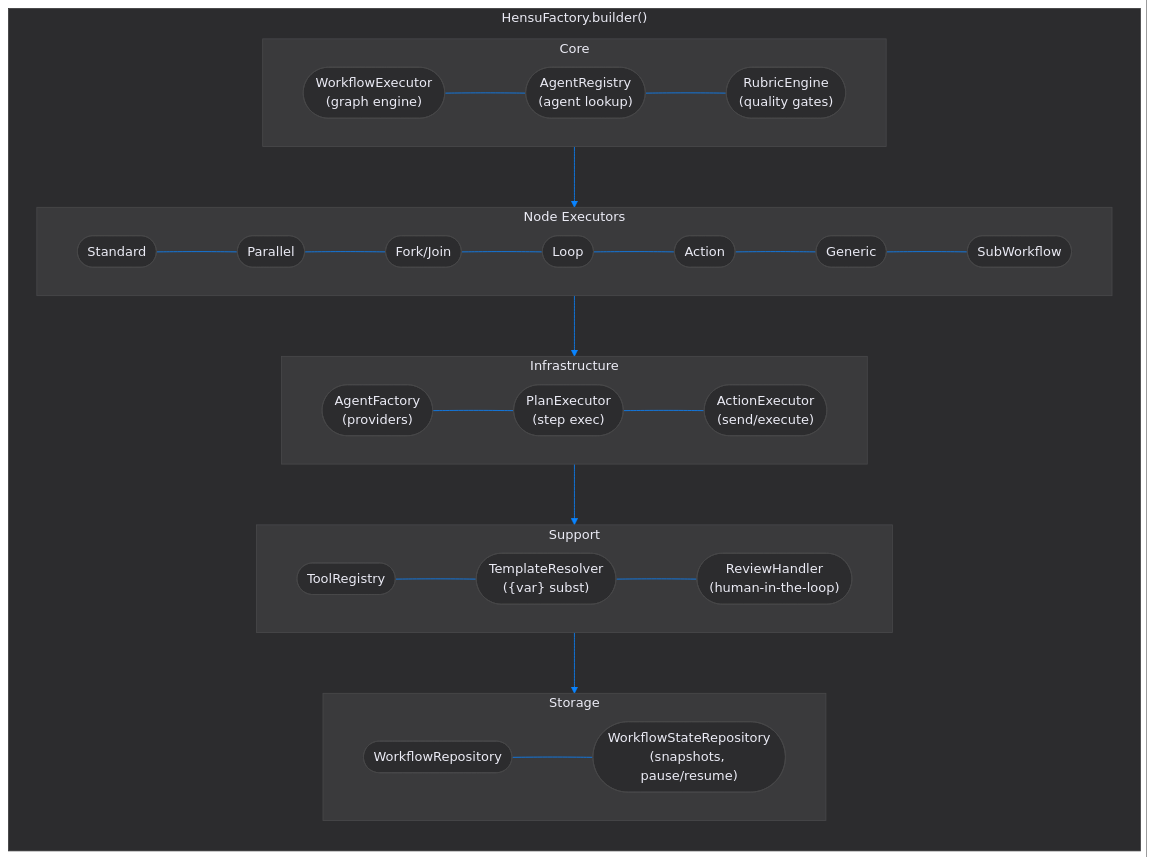
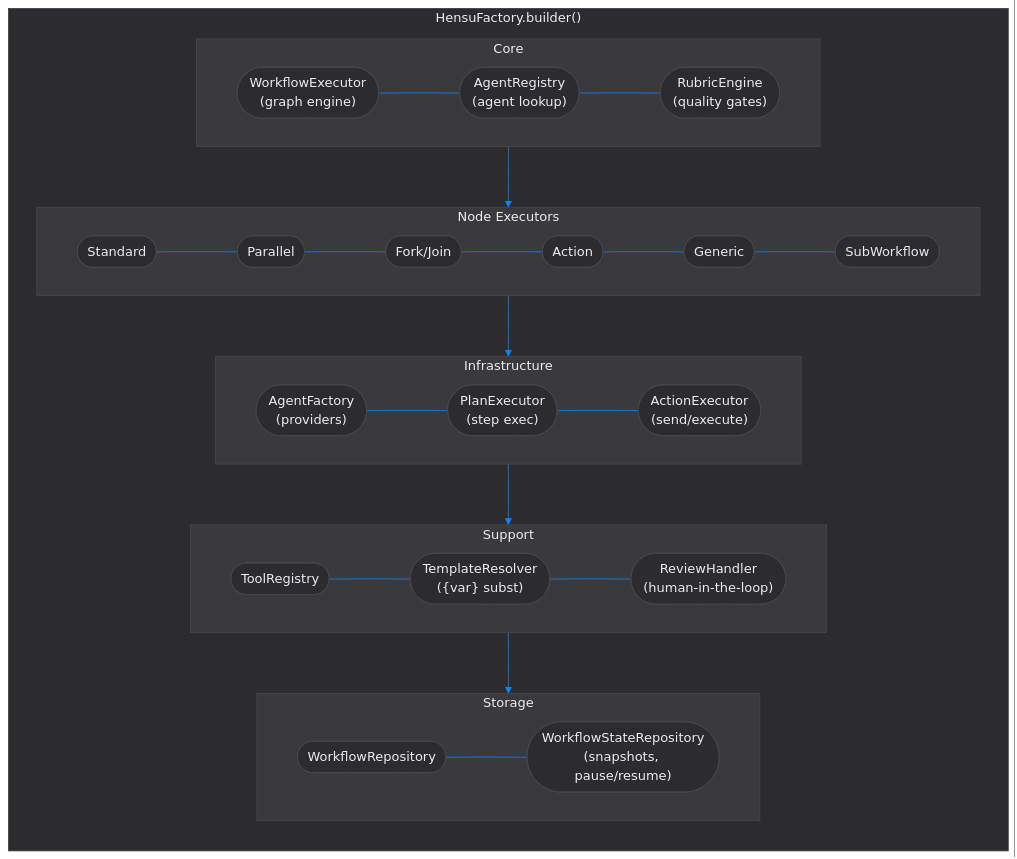
The first of 3 diagrams in hensu-core/README.md (hensu-project/hensu), drawn with Mermaid before and after one commit. The commit also changed other lines of this file and 54 other files, not shown here.

````diff
--- a/hensu-core/README.md
+++ b/hensu-core/README.md
@@ -25,55 +26,54 @@
 ```mermaid
 flowchart TD
     subgraph factory["HensuFactory.builder()"]
         direction TB
         subgraph top["Core"]
             direction LR
             we(["WorkflowExecutor\n(graph engine)"]) ~~~ ar(["AgentRegistry\n(agent lookup)"]) ~~~ re(["RubricEngine\n(quality gates)"])
         end
         subgraph nodes["Node Executors"]
             direction LR
-            std(["Standard"]) ~~~ par(["Parallel"]) ~~~ fj(["Fork/Join"]) ~~~ loop(["Loop"]) ~~~ act(["Action"]) ~~~ gen(["Generic"]) ~~~ sub(["SubWorkflow"])
+            std(["Standard"]) ~~~ par(["Parallel"]) ~~~ fj(["Fork/Join"]) ~~~ act(["Action"]) ~~~ gen(["Generic"]) ~~~ sub(["SubWorkflow"])
         end
         subgraph mid["Infrastructure"]
             direction LR
             af(["AgentFactory\n(providers)"]) ~~~ pe(["PlanExecutor\n(step exec)"]) ~~~ ae(["ActionExecutor\n(send/execute)"])
         end
         subgraph support["Support"]
             direction LR
             tr(["ToolRegistry"]) ~~~ tmpl(["TemplateResolver\n({var} subst)"]) ~~~ rh(["ReviewHandler\n(human-in-the-loop)"])
         end
         subgraph storage["Storage"]
             direction LR
             wr(["WorkflowRepository"]) ~~~ wsr(["WorkflowStateRepository\n(snapshots, pause/resume)"])
         end
         top --> nodes --> mid --> support --> storage
     end
 
     style factory fill:#2c2c2e, stroke:#3a3a3c, color:#ebebf5, stroke-width:1px
     style top fill:#3a3a3c, stroke:#48484a, color:#ebebf5, stroke-width:1px
     style nodes fill:#3a3a3c, stroke:#48484a, color:#ebebf5, stroke-width:1px
     style mid fill:#3a3a3c, stroke:#48484a, color:#ebebf5, stroke-width:1px
     style support fill:#3a3a3c, stroke:#48484a, color:#ebebf5, stroke-width:1px
     style storage fill:#3a3a3c, stroke:#48484a, color:#ebebf5, stroke-width:1px
 
     style we fill:#2c2c2e, stroke:#48484a, color:#ebebf5, stroke-width:1px
     style ar fill:#2c2c2e, stroke:#48484a, color:#ebebf5, stroke-width:1px
     style re fill:#2c2c2e, stroke:#48484a, color:#ebebf5, stroke-width:1px
     style std fill:#2c2c2e, stroke:#48484a, color:#ebebf5, stroke-width:1px
     style par fill:#2c2c2e, stroke:#48484a, color:#ebebf5, stroke-width:1px
     style fj fill:#2c2c2e, stroke:#48484a, color:#ebebf5, stroke-width:1px
-    style loop fill:#2c2c2e, stroke:#48484a, color:#ebebf5, stroke-width:1px
     style act fill:#2c2c2e, stroke:#48484a, color:#ebebf5, stroke-width:1px
     style gen fill:#2c2c2e, stroke:#48484a, color:#ebebf5, stroke-width:1px
     style sub fill:#2c2c2e, stroke:#48484a, color:#ebebf5, stroke-width:1px
     style af fill:#2c2c2e, stroke:#48484a, color:#ebebf5, stroke-width:1px
     style pe fill:#2c2c2e, stroke:#48484a, color:#ebebf5, stroke-width:1px
     style ae fill:#2c2c2e, stroke:#48484a, color:#ebebf5, stroke-width:1px
     style tr fill:#2c2c2e, stroke:#48484a, color:#ebebf5, stroke-width:1px
     style tmpl fill:#2c2c2e, stroke:#48484a, color:#ebebf5, stroke-width:1px
     style rh fill:#2c2c2e, stroke:#48484a, color:#ebebf5, stroke-width:1px
     style wr fill:#2c2c2e, stroke:#48484a, color:#ebebf5, stroke-width:1px
     style wsr fill:#2c2c2e, stroke:#48484a, color:#ebebf5, stroke-width:1px
 
     linkStyle default stroke:#0A84FF, stroke-width:1px
 ```
````
